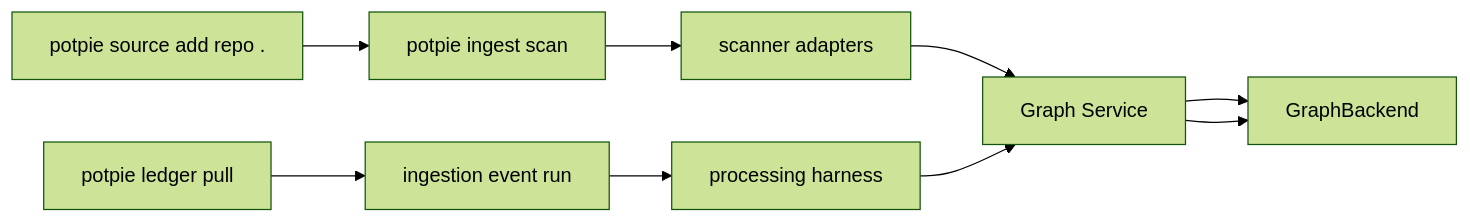
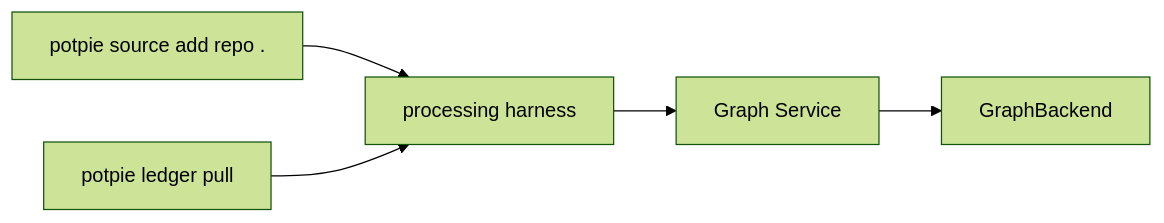
One commit to potpie-ai/potpie changed the seventh of 12 diagrams in docs/context-graph/architecture.md. Above: the diagram before and after it, drawn with Mermaid (forest theme). The commit also changed other lines of this file and 48 other files, not shown here.

Commit message:
docs: agent-surface bundle/plugin/skill templates + context-graph design docs

````diff
--- a/docs/context-graph/architecture.md
+++ b/docs/context-graph/architecture.md
@@ -347,14 +351,12 @@
 ```mermaid
 flowchart LR
   cg_register["potpie source add repo ."]
-  cg_scan["potpie ingest scan"]
-  cg_scanners["scanner adapters"]
   cg_ledger_pull["potpie ledger pull"]
-  cg_ingest_events["ingestion event run"]
   cg_harness["processing harness"]
   cg_graph_service["Graph Service"]
   cg_backend["GraphBackend"]
 
-  cg_register --> cg_scan --> cg_scanners --> cg_graph_service --> cg_backend
-  cg_ledger_pull --> cg_ingest_events --> cg_harness --> cg_graph_service --> cg_backend
+  cg_register --> cg_harness
+  cg_ledger_pull --> cg_harness
+  cg_harness --> cg_graph_service --> cg_backend
 ```
````
